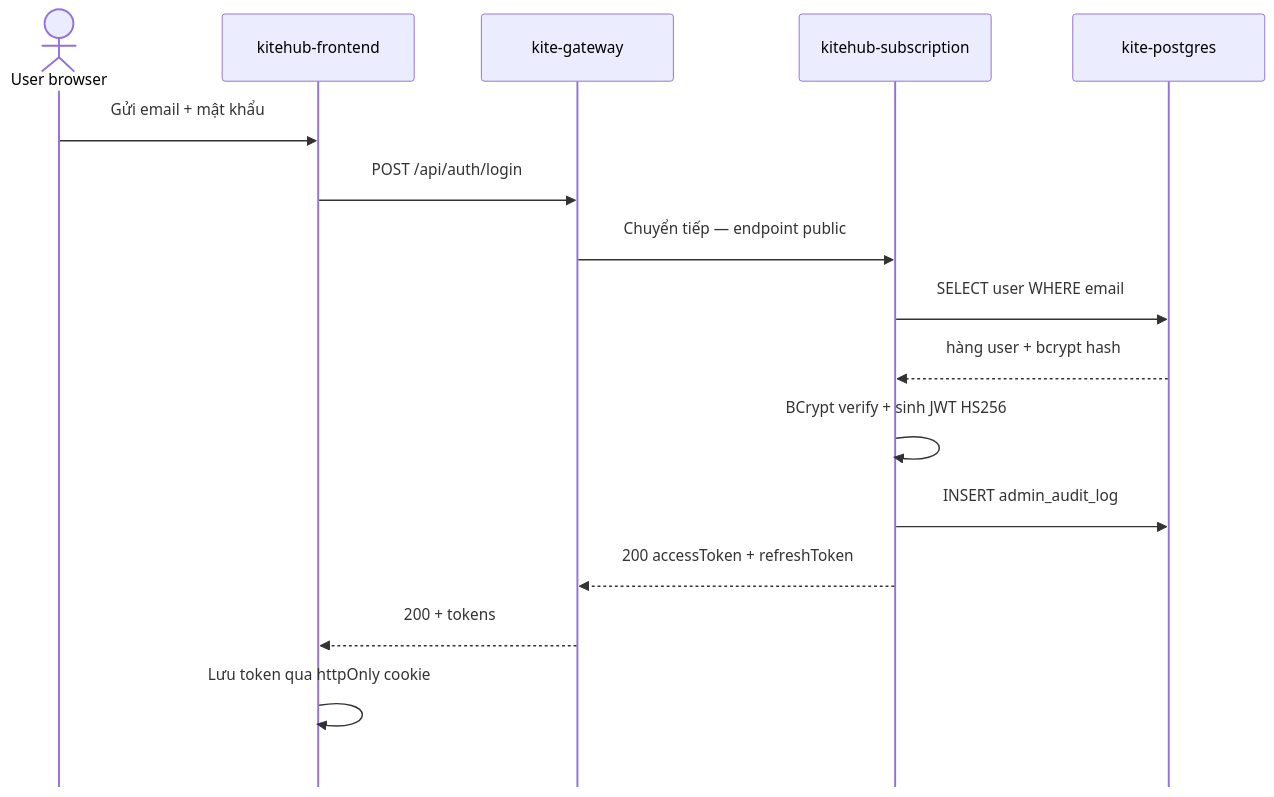
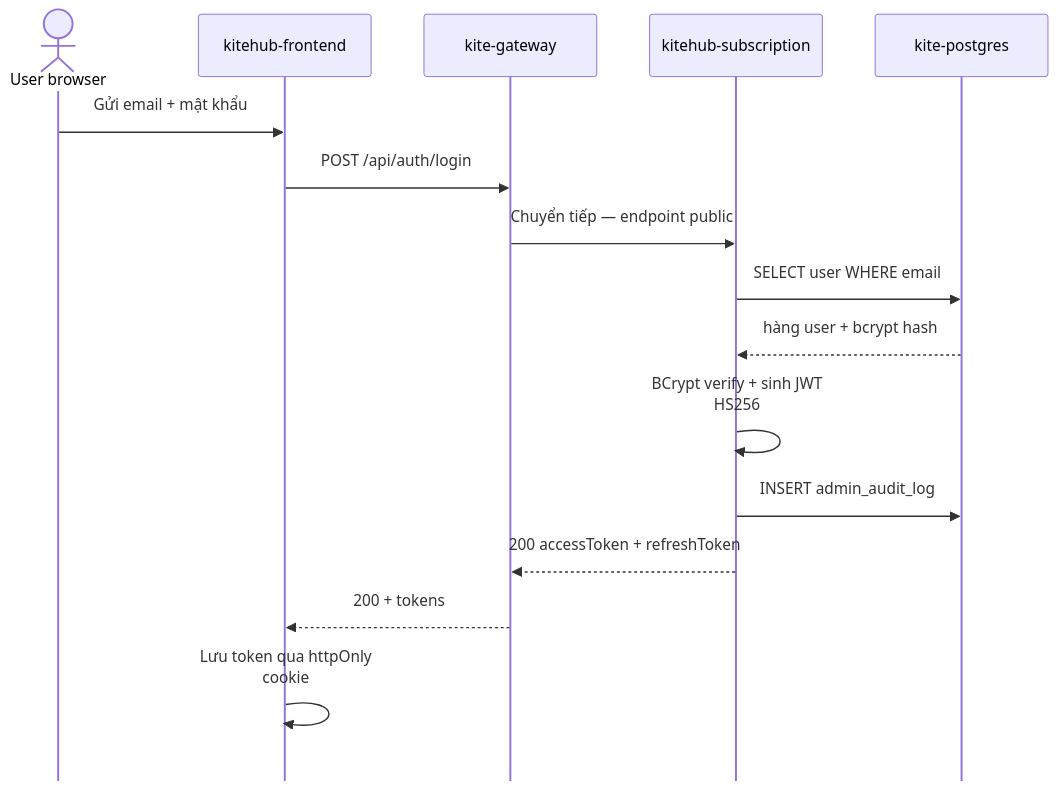
One commit to VictorAurelius/2026-Kite-Class-Platform changed the fourth of 12 diagrams in documents/08-thesis/chapter-2-system-architecture.md. Above: the diagram before and after it, drawn with Mermaid. The commit also changed other lines of this file and 1 other file, not shown here.

First line of the commit message:
docs(thesis): enlarge Hình 2.4a + 2.4b font (wrap + compact) + strip banned <br/>

````diff
--- a/documents/08-thesis/chapter-2-system-architecture.md
+++ b/documents/08-thesis/chapter-2-system-architecture.md
@@ -415,20 +415,20 @@
 ```mermaid
-%%{init: {"sequence": {"diagramMarginX": 50, "diagramMarginY": 25, "actorMargin": 70, "width": 200, "height": 70, "boxMargin": 18, "boxTextMargin": 10, "noteMargin": 15, "messageMargin": 50, "mirrorActors": false}, "themeVariables": {"fontSize": "34px", "messageFontSize": "32px", "noteFontSize": "32px"}}}%%
+%%{init: {"sequence": {"diagramMarginX": 30, "diagramMarginY": 20, "actorMargin": 55, "width": 180, "height": 65, "boxMargin": 14, "boxTextMargin": 8, "noteMargin": 12, "messageMargin": 40, "mirrorActors": false, "wrap": true}, "themeVariables": {"fontSize": "36px", "messageFontSize": "34px", "noteFontSize": "34px"}}}%%
 sequenceDiagram
     actor User as User browser
     participant FE as kitehub-frontend
     participant GW as kite-gateway
     participant Sub as kitehub-subscription
     participant PG as kite-postgres
 
     User->>FE: Gửi email + mật khẩu
     FE->>GW: POST /api/auth/login
     GW->>Sub: Chuyển tiếp — endpoint public
     Sub->>PG: SELECT user WHERE email
     PG-->>Sub: hàng user + bcrypt hash
     Sub->>Sub: BCrypt verify + sinh JWT HS256
     Sub->>PG: INSERT admin_audit_log
     Sub-->>GW: 200 accessToken + refreshToken
     GW-->>FE: 200 + tokens
     FE->>FE: Lưu token qua httpOnly cookie
 ```
````
